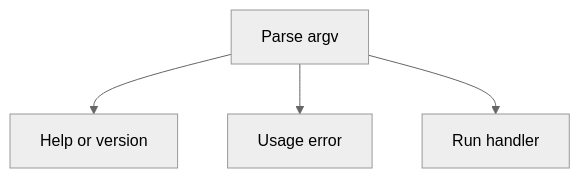
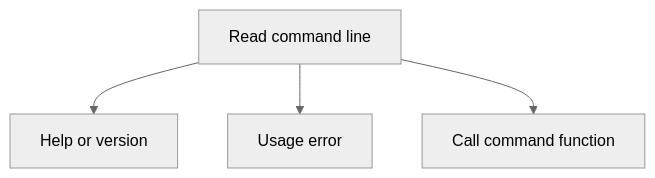
One commit to notatallshaw/nab changed the diagram in src/nab/_cli/README.md. Above: the diagram before and after it, drawn with Mermaid (neutral theme). The commit also changed other lines of this file and 16 other files, not shown here.

Commit message:
Explain CLI flow and shorten the option reference

````diff
--- a/src/nab/_cli/README.md
+++ b/src/nab/_cli/README.md
@@ -6,6 +7,6 @@
 ```mermaid
 flowchart TD
-    parse[Parse argv] --> page[Help or version]
+    parse[Read command line] --> page[Help or version]
     parse --> error[Usage error]
-    parse --> command[Run handler]
+    parse --> command[Call command function]
 ```
````
